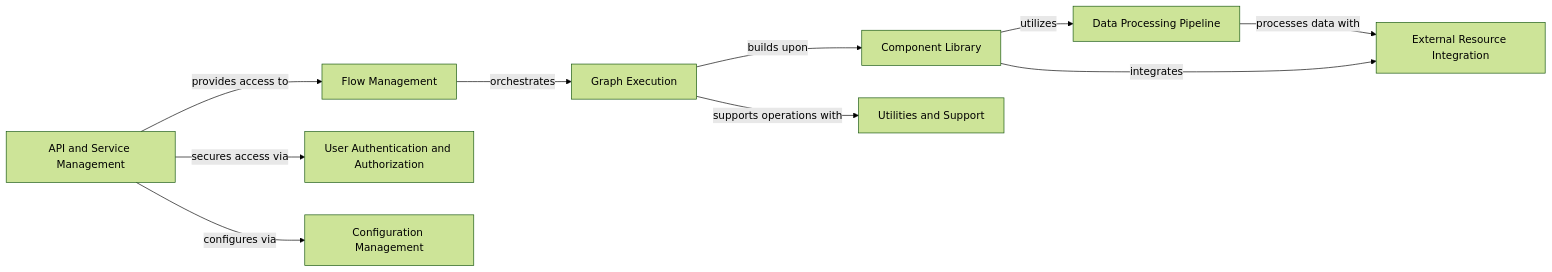
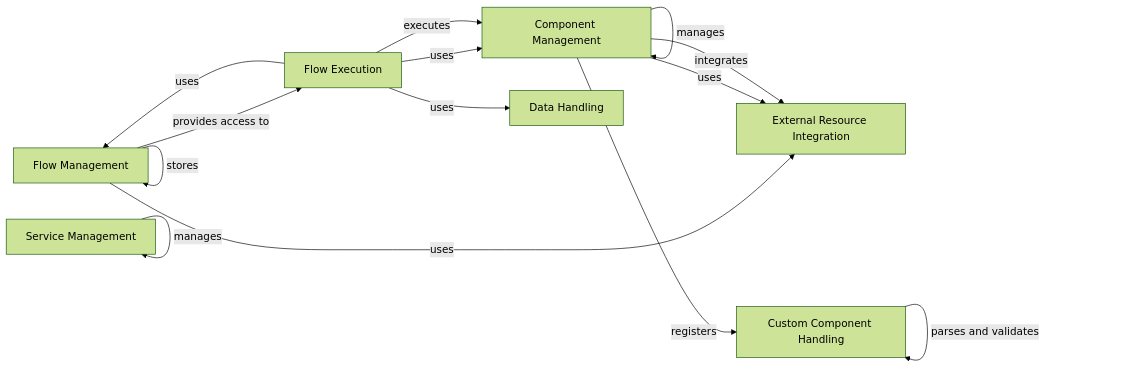
Before and after one commit to CodeBoarding/GeneratedOnBoardings: the diagram in langflow/on_boarding.md, drawn with Mermaid (forest theme). The commit also changed other lines of this file and 14 other files, not shown here.

````diff
--- a/langflow/on_boarding.md
+++ b/langflow/on_boarding.md
@@ -1,30 +1,31 @@
 ```mermaid
 graph LR
     Flow_Management["Flow Management"]
-    Graph_Execution["Graph Execution"]
-    Component_Library["Component Library"]
-    Data_Processing_Pipeline["Data Processing Pipeline"]
+    Component_Management["Component Management"]
+    Custom_Component_Handling["Custom Component Handling"]
+    Flow_Execution["Flow Execution"]
+    Data_Handling["Data Handling"]
+    Service_Management["Service Management"]
     External_Resource_Integration["External Resource Integration"]
-    API_and_Service_Management["API and Service Management"]
-    User_Authentication_and_Authorization["User Authentication and Authorization"]
-    Configuration_Management["Configuration Management"]
-    Utilities_and_Support["Utilities and Support"]
-    Flow_Management -- "orchestrates" --> Graph_Execution
-    Graph_Execution -- "builds upon" --> Component_Library
-    Component_Library -- "utilizes" --> Data_Processing_Pipeline
-    Data_Processing_Pipeline -- "processes data with" --> External_Resource_Integration
-    API_and_Service_Management -- "provides access to" --> Flow_Management
-    API_and_Service_Management -- "secures access via" --> User_Authentication_and_Authorization
-    API_and_Service_Management -- "configures via" --> Configuration_Management
-    Graph_Execution -- "supports operations with" --> Utilities_and_Support
-    Component_Library -- "integrates" --> External_Resource_Integration
+    Flow_Management -- "manages" --> Flow_Management
+    Flow_Management -- "stores" --> Flow_Management
+    Flow_Management -- "provides access to" --> Flow_Execution
+    Component_Management -- "manages" --> Component_Management
+    Component_Management -- "registers" --> Custom_Component_Handling
+    Flow_Execution -- "uses" --> Component_Management
+    Flow_Execution -- "executes" --> Component_Management
+    Flow_Execution -- "uses" --> Data_Handling
+    Custom_Component_Handling -- "parses and validates" --> Custom_Component_Handling
+    Flow_Execution -- "uses" --> Flow_Management
+    Service_Management -- "manages" --> Service_Management
+    Flow_Management -- "uses" --> External_Resource_Integration
+    Component_Management -- "uses" --> External_Resource_Integration
+    Component_Management -- "integrates" --> External_Resource_Integration
     click Flow_Management href "https://github.com/CodeBoarding/GeneratedOnBoardings/blob/main/langflow/Flow Management.md" "Details"
-    click Graph_Execution href "https://github.com/CodeBoarding/GeneratedOnBoardings/blob/main/langflow/Graph Execution.md" "Details"
-    click Component_Library href "https://github.com/CodeBoarding/GeneratedOnBoardings/blob/main/langflow/Component Library.md" "Details"
-    click Data_Processing_Pipeline href "https://github.com/CodeBoarding/GeneratedOnBoardings/blob/main/langflow/Data Processing Pipeline.md" "Details"
+    click Component_Management href "https://github.com/CodeBoarding/GeneratedOnBoardings/blob/main/langflow/Component Management.md" "Details"
+    click Custom_Component_Handling href "https://github.com/CodeBoarding/GeneratedOnBoardings/blob/main/langflow/Custom Component Handling.md" "Details"
+    click Flow_Execution href "https://github.com/CodeBoarding/GeneratedOnBoardings/blob/main/langflow/Flow Execution.md" "Details"
+    click Data_Handling href "https://github.com/CodeBoarding/GeneratedOnBoardings/blob/main/langflow/Data Handling.md" "Details"
+    click Service_Management href "https://github.com/CodeBoarding/GeneratedOnBoardings/blob/main/langflow/Service Management.md" "Details"
     click External_Resource_Integration href "https://github.com/CodeBoarding/GeneratedOnBoardings/blob/main/langflow/External Resource Integration.md" "Details"
-    click API_and_Service_Management href "https://github.com/CodeBoarding/GeneratedOnBoardings/blob/main/langflow/API and Service Management.md" "Details"
-    click User_Authentication_and_Authorization href "https://github.com/CodeBoarding/GeneratedOnBoardings/blob/main/langflow/User Authentication and Authorization.md" "Details"
-    click Configuration_Management href "https://github.com/CodeBoarding/GeneratedOnBoardings/blob/main/langflow/Configuration Management.md" "Details"
-    click Utilities_and_Support href "https://github.com/CodeBoarding/GeneratedOnBoardings/blob/main/langflow/Utilities and Support.md" "Details"
 ```
````
